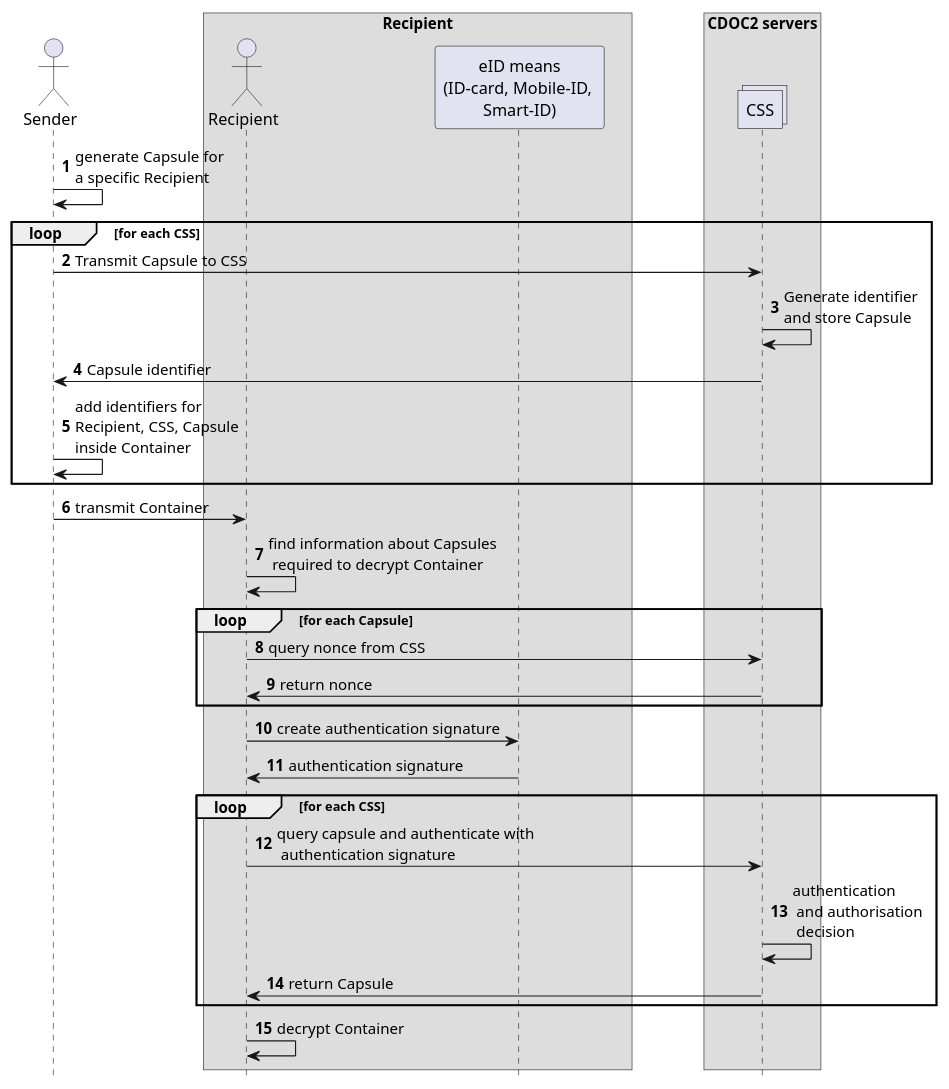
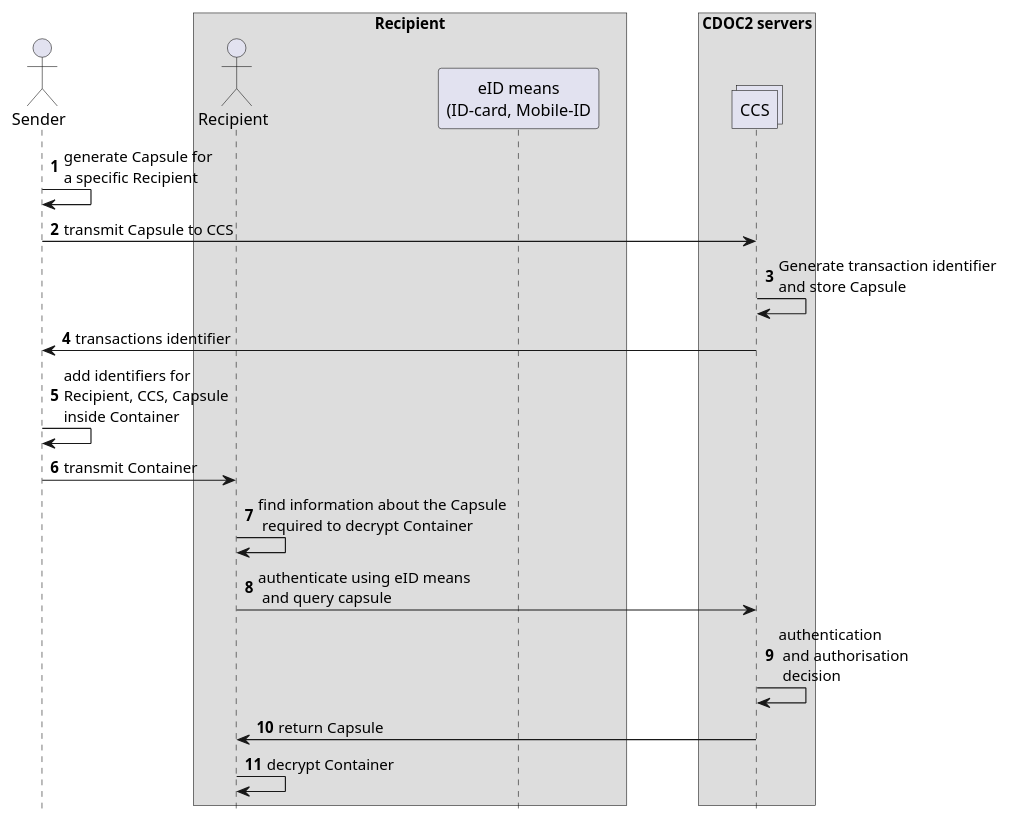
Before and after one commit to open-eid/CDOC2: the diagram in cdoc2-system-docs/docs/03_system_architecture/ch04_capsule_server.md, drawn with PlantUML. The commit also changed other lines of this file and 11 other files, not shown here.

````diff
--- a/cdoc2-system-docs/docs/03_system_architecture/ch04_capsule_server.md
+++ b/cdoc2-system-docs/docs/03_system_architecture/ch04_capsule_server.md
@@ -19,41 +19,31 @@
 ```plantuml
 @startuml
 skinparam ParticipantPadding 20
 skinparam BoxPadding 30
 hide footbox
 autonumber
 
 Actor Sender as Sender
 
 box "Recipient"
 Actor Recipient as Recipient
-participant "eID means\n(ID-card, Mobile-ID, \nSmart-ID)" as eID
+participant "eID means\n(ID-card, Mobile-ID" as eID
 end box
 
 box "CDOC2 servers"
-collections "CSS" as Server
+collections "CCS" as Server
 end box
 
 Sender -> Sender: generate Capsule for\na specific Recipient
-loop for each CSS
-    Sender -> Server: Transmit Capsule to CSS
-    Server -> Server: Generate identifier\nand store Capsule
-    Server -> Sender: Capsule identifier
-    Sender -> Sender: add identifiers for \nRecipient, CSS, Capsule\ninside Container
-end
+Sender -> Server: transmit Capsule to CCS
+Server -> Server: Generate transaction identifier\nand store Capsule
+Server -> Sender: transactions identifier
+Sender -> Sender: add identifiers for \nRecipient, CCS, Capsule\ninside Container
 Sender -> Recipient: transmit Container
-Recipient -> Recipient: find information about Capsules \n required to decrypt Container
-loop for each Capsule
-    Recipient -> Server: query nonce from CSS
-    Server -> Recipient: return nonce
-end
-Recipient -> eID: create authentication signature
-eID -> Recipient: authentication signature
-loop for each CSS
-    Recipient -> Server: query capsule and authenticate with \n authentication signature
-    Server -> Server: authentication\n and authorisation\n decision
-    Server -> Recipient: return Capsule
-end
+Recipient -> Recipient: find information about the Capsule \n required to decrypt Container
+Recipient -> Server: authenticate using eID means\n and query capsule
+Server -> Server: authentication\n and authorisation\n decision
+Server -> Recipient: return Capsule
 Recipient -> Recipient: decrypt Container
 @enduml
 ```
````
